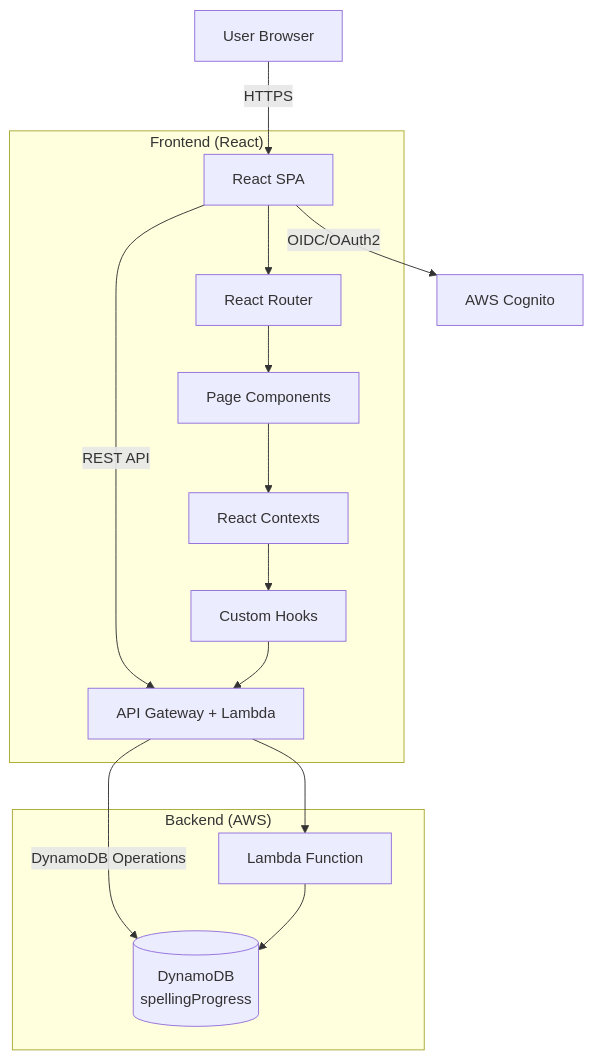
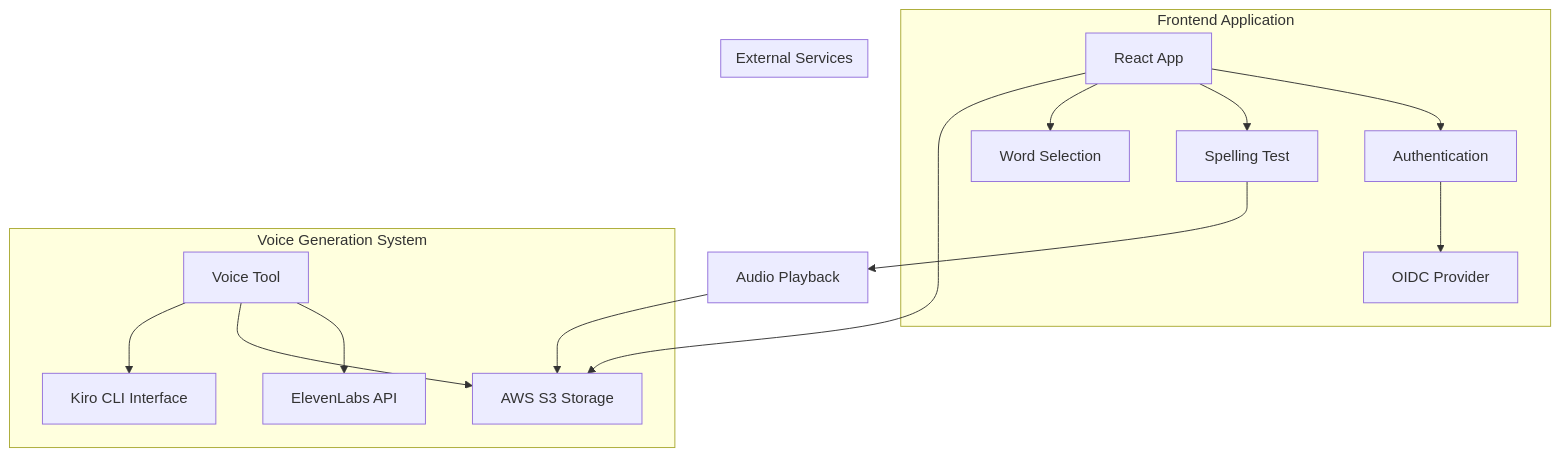
The first of 5 diagrams in .sop/summary/architecture.md (getOffIt/spellingWebsite), drawn with Mermaid before and after one commit. The commit also changed other lines of this file and 17 other files, not shown here.

````diff
--- a/.sop/summary/architecture.md
+++ b/.sop/summary/architecture.md
@@ -9,20 +6,25 @@
 ```mermaid
 graph TB
-    User[User Browser] -->|HTTPS| App[React SPA]
-    App -->|OIDC/OAuth2| Cognito[AWS Cognito]
-    App -->|REST API| API[API Gateway + Lambda]
-    API -->|DynamoDB Operations| DynamoDB[(DynamoDB<br/>spellingProgress)]
-    
-    subgraph "Frontend (React)"
-        App --> Router[React Router]
-        Router --> Pages[Page Components]
-        Pages --> Contexts[React Contexts]
-        Contexts --> Hooks[Custom Hooks]
-        Hooks --> API
+    subgraph "Frontend Application"
+        A[React App] --> B[Authentication]
+        A --> C[Spelling Test]
+        A --> D[Word Selection]
+        B --> E[OIDC Provider]
     end
     
-    subgraph "Backend (AWS)"
-        API --> Lambda[Lambda Function]
-        Lambda --> DynamoDB
+    subgraph "Voice Generation System"
+        F[Voice Tool] --> G[ElevenLabs API]
+        F --> H[AWS S3]
+        F --> I[Kiro CLI Interface]
     end
+    
+    subgraph "External Services"
+        E[OIDC Provider]
+        G[ElevenLabs API]
+        H[AWS S3 Storage]
+    end
+    
+    A --> H
+    C --> J[Audio Playback]
+    J --> H
 ```
````
